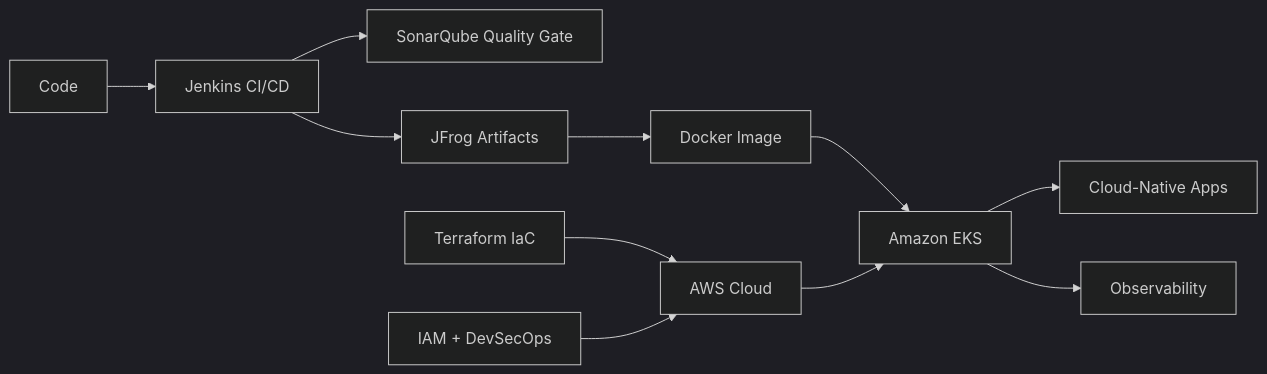
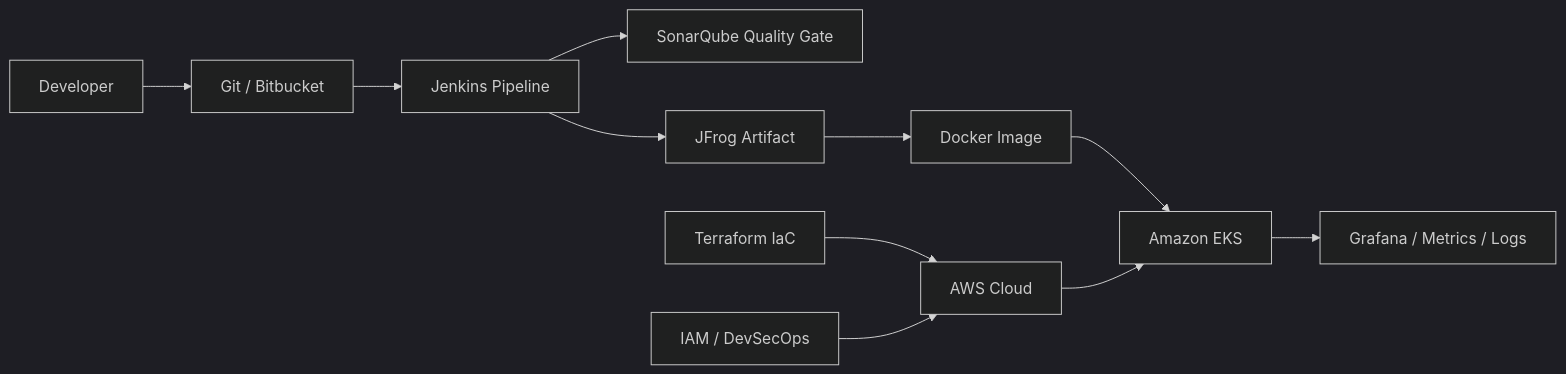
Before and after one commit to saifali1035/saifali1035: the first of 2 diagrams in README.md, drawn with Mermaid (dark theme). The commit also changed other lines of this file, not shown here.

````diff
--- a/README.md
+++ b/README.md
@@ -53,13 +68,13 @@
 ```mermaid
 flowchart LR
-    Code[Code] --> CI[Jenkins CI/CD]
-    CI --> Quality[SonarQube Quality Gate]
-    CI --> Artifacts[JFrog Artifacts]
-    Artifacts --> Image[Docker Image]
-    Image --> EKS[Amazon EKS]
-    EKS --> Apps[Cloud-Native Apps]
-    EKS --> Obs[Observability]
-    IaC[Terraform IaC] --> AWS[AWS Cloud]
+    Dev[Developer] --> Git[Git / Bitbucket]
+    Git --> Jenkins[Jenkins Pipeline]
+    Jenkins --> Scan[SonarQube Quality Gate]
+    Jenkins --> Artifact[JFrog Artifact]
+    Artifact --> Docker[Docker Image]
+    Docker --> EKS[Amazon EKS]
+    Terraform[Terraform IaC] --> AWS[AWS Cloud]
     AWS --> EKS
-    Security[IAM + DevSecOps] --> AWS
+    EKS --> Observe[Grafana / Metrics / Logs]
+    Security[IAM / DevSecOps] --> AWS
 ```
````
